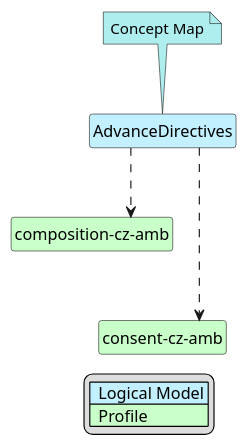
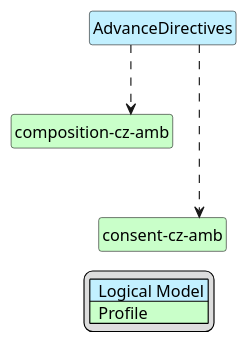
Before and after one commit to HL7-cz/amb: the diagram in input/images-source/AdvanceDirectives-map.plantuml, drawn with PlantUML. The commit also changed 3 other files, not shown here.

```diff
--- a/input/images-source/AdvanceDirectives-map.plantuml
+++ b/input/images-source/AdvanceDirectives-map.plantuml
@@ -1,30 +1,27 @@
 @startuml AdvanceDirectives-map
 hide circle
 hide stereotype
 hide members    
 hide methods
 skinparam linetype ortho
 skinparam class {
 BackgroundColor<<LogicalModel>> #APPLICATION
 BackgroundColor<<Profile>> #TECHNOLOGY
 }
 legend right
 | <#APPLICATION>  Logical Model |
 | <#TECHNOLOGY>  Profile |
 endlegend
 class "AdvanceDirectives" <<LogicalModel>> [[StructureDefinition-AdvanceDirectivesCz.html]]
-note top #PaleTurquoise [[advanceDirectives2FHIR-cz-amb.html]]
-Concept Map
-endnote
 
 class "composition-cz-amb" <<Profile>> [[StructureDefinition-cz-composition-amb.html]]
 class "consent-cz-amb" <<Profile>> [[StructureDefinition-cz-consent-amb.html]]
 
 
 ' --- Mappings per groups
 "AdvanceDirectives" ..> "composition-cz-amb"
 "AdvanceDirectives" ..> "consent-cz-amb"
 
 ' --- Layout helpers (optional)
 "composition-cz-amb" -d[hidden]-> "consent-cz-amb"
 @enduml
```
